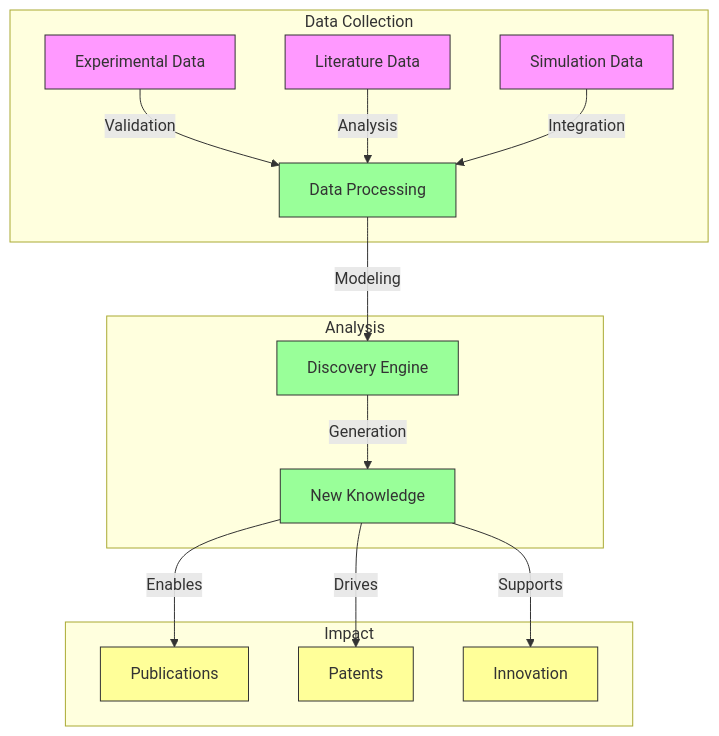
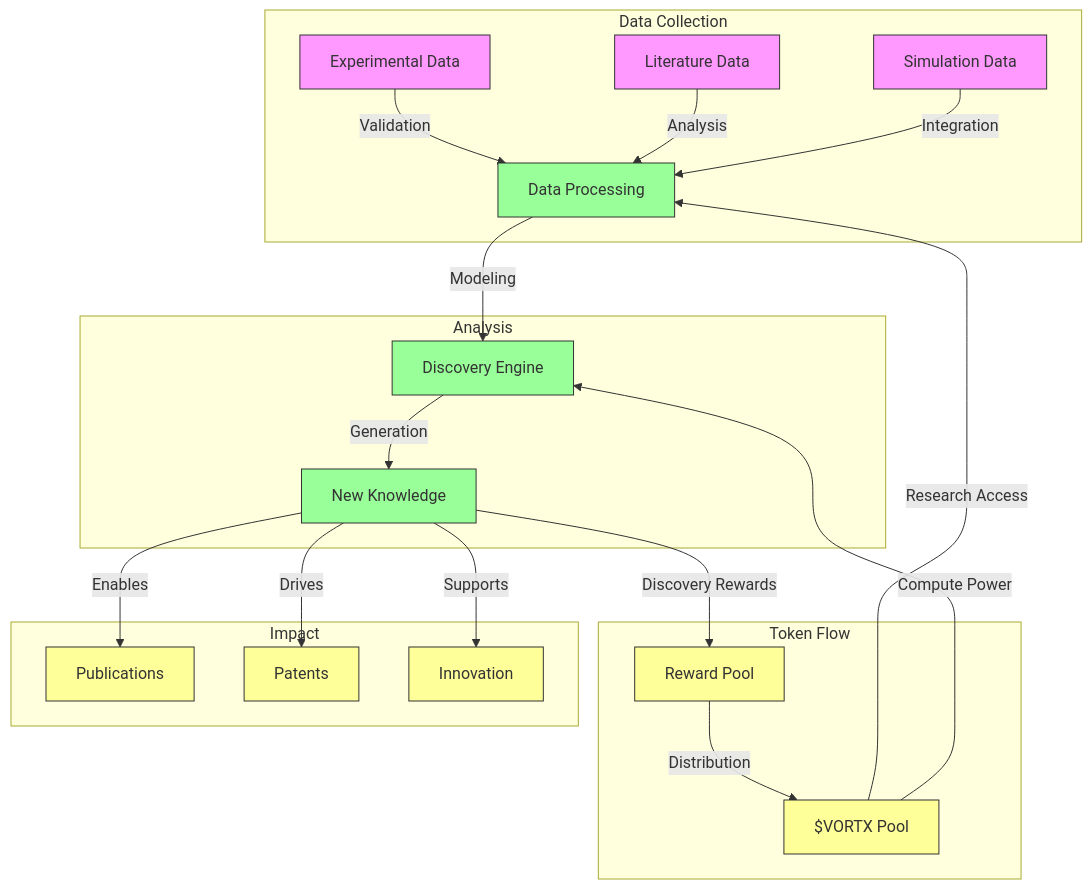
Diagram 12 of 25 in docs/whitepapers/README.md (Vortx-AI/synthetic-satellite), drawn with Mermaid before and after one commit. The commit also changed other lines of this file, not shown here.

````diff
--- a/docs/whitepapers/README.md
+++ b/docs/whitepapers/README.md
@@ -609,27 +618,36 @@
 ```mermaid
 graph TD
     subgraph Data Collection
         S1[Experimental Data] -->|Validation| P1
         S2[Literature Data] -->|Analysis| P1
         S3[Simulation Data] -->|Integration| P1
     end
     
     subgraph Analysis
         P1[Data Processing] -->|Modeling| P2[Discovery Engine]
         P2 -->|Generation| P3[New Knowledge]
     end
     
+    subgraph Token Flow
+        T1[$VORTX Pool] -->|Research Access| P1
+        T1 -->|Compute Power| P2
+        P3 -->|Discovery Rewards| T2[Reward Pool]
+        T2 -->|Distribution| T1
+    end
+    
     subgraph Impact
         P3 -->|Enables| I1[Publications]
         P3 -->|Drives| I2[Patents]
         P3 -->|Supports| I3[Innovation]
     end
     
     classDef data fill:#f9f,stroke:#333
     classDef analysis fill:#9f9,stroke:#333
+    classDef token fill:#ff9,stroke:#333
     classDef impact fill:#ff9,stroke:#333
     
     class S1,S2,S3 data
     class P1,P2,P3 analysis
+    class T1,T2 token
     class I1,I2,I3 impact
 ```
````
